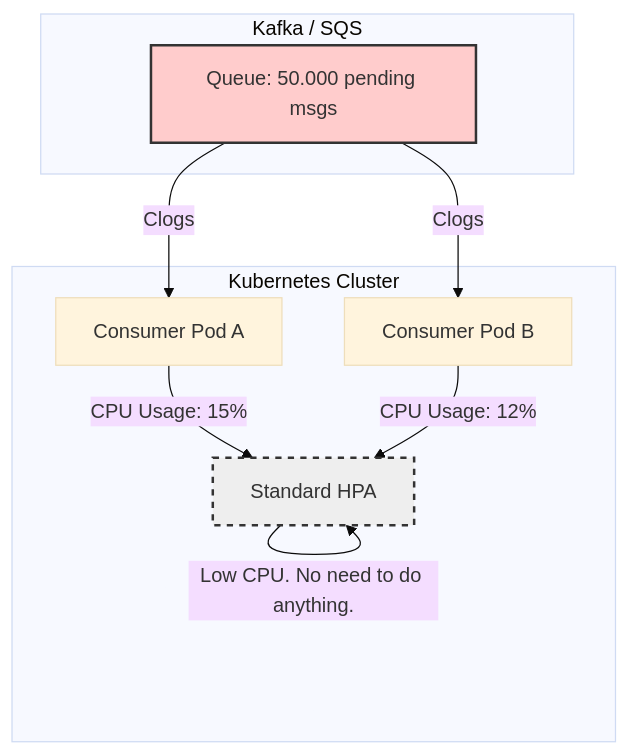
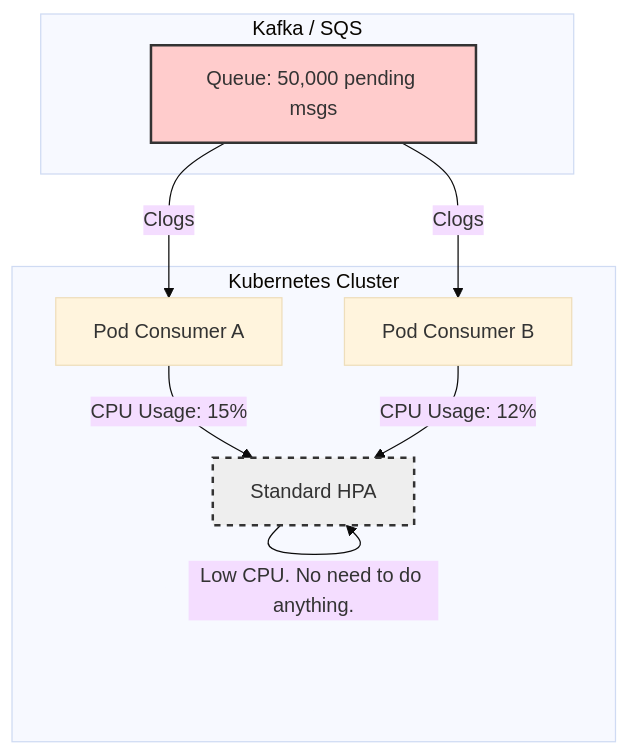
The fifth of 8 diagrams in posts/pare-de-escalar-seus-consumers-por-cpu.md (cendyandreoli/posts), drawn with Mermaid (base theme) before and after one commit. The commit also changed other lines of this file, not shown here.

````diff
--- a/posts/pare-de-escalar-seus-consumers-por-cpu.md
+++ b/posts/pare-de-escalar-seus-consumers-por-cpu.md
@@ -231,23 +231,23 @@
 ```mermaid
 graph TD
     subgraph EventSource [Kafka / SQS]
-        Queue[Queue: 50.000 pending msgs]
+        Queue[Queue: 50,000 pending msgs]
     end
 
     subgraph K8s [Kubernetes Cluster]
-        Pod1[Consumer Pod A]
-        Pod2[Consumer Pod B]
+        Pod1[Pod Consumer A]
+        Pod2[Pod Consumer B]
         HPA[Standard HPA]
     end
 
     Queue -- Clogs --> Pod1
     Queue -- Clogs --> Pod2
     
     Pod1 -- CPU Usage: 15% --> HPA
     Pod2 -- CPU Usage: 12% --> HPA
     
     HPA -- "Low CPU. No need to do anything." --> HPA
     
     style Queue fill:#ffcccc,stroke:#333,stroke-width:2px
     style HPA fill:#eee,stroke:#333,stroke-width:2px,stroke-dasharray: 5 5
 ```
````
